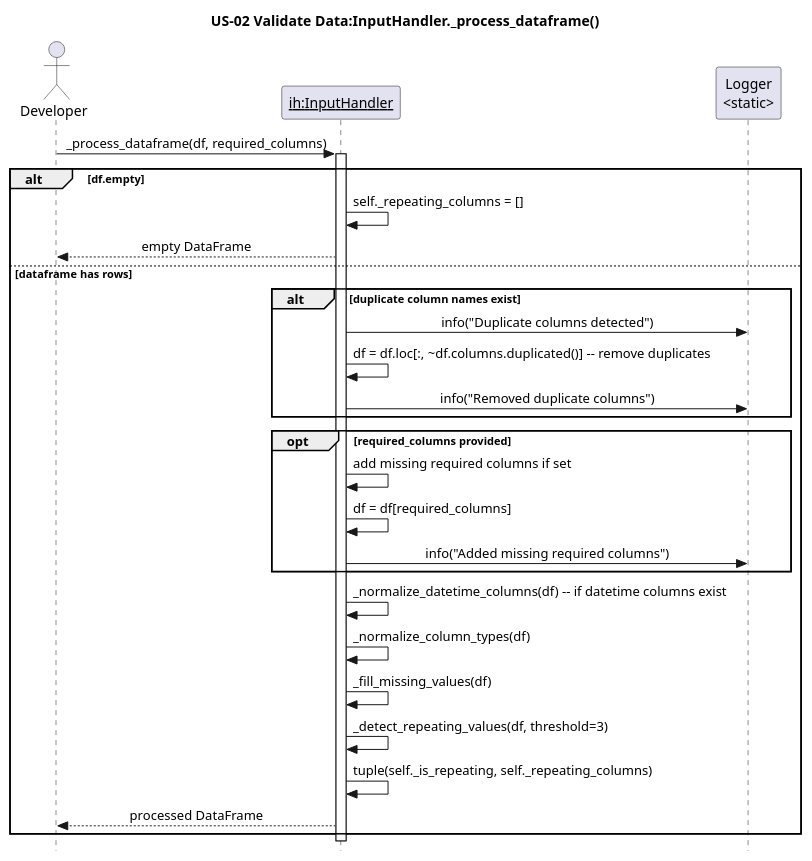
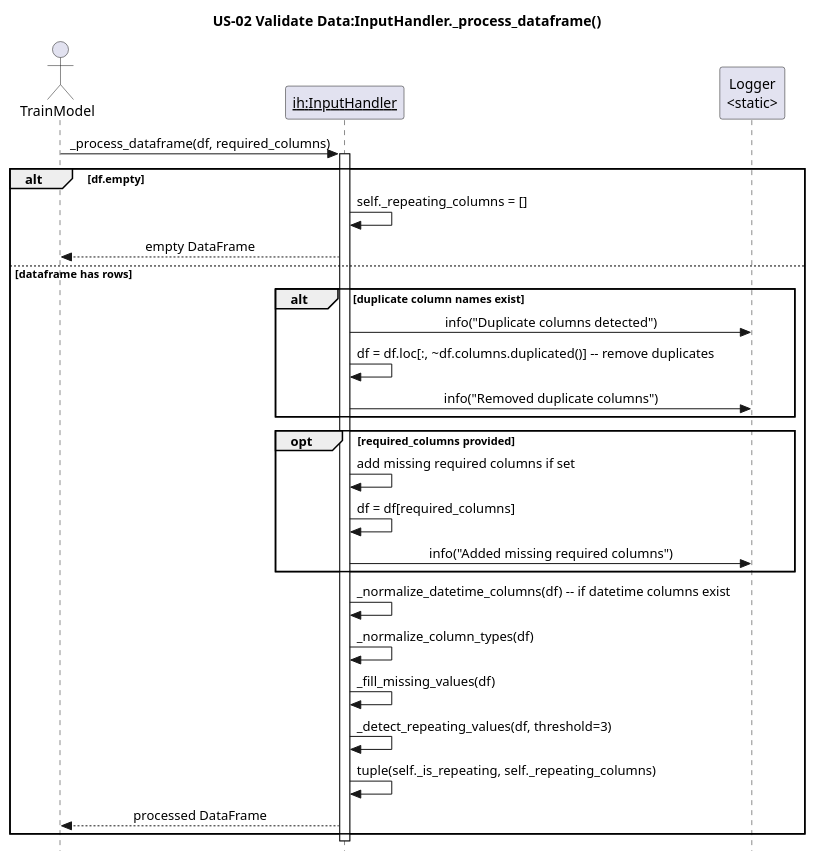
Before and after one commit to egrembocki/htmrl: the diagram in docs/puml/US/us-02.puml, drawn with PlantUML. The commit also changed 6 other files, not shown here.

```diff
--- a/docs/puml/US/us-02.puml
+++ b/docs/puml/US/us-02.puml
@@ -1,39 +1,39 @@
 @startuml
 skinparam style strictuml
 skinparam sequenceMessageAlign center
 skinparam responseMessageBelowArrow true
 title US-02 Validate Data:InputHandler._process_dataframe()
 
-actor Developer
+actor TrainModel
 participant "<u>ih:InputHandler</u>" as IH
 participant "Logger\n<static>" as LOG
 
-Developer -> IH: _process_dataframe(df, required_columns)
+TrainModel -> IH: _process_dataframe(df, required_columns)
 activate IH
 
 alt df.empty
   IH -> IH: self._repeating_columns = []
-  IH --> Developer: empty DataFrame
+  IH --> TrainModel: empty DataFrame
 else dataframe has rows
   alt duplicate column names exist
     IH -> LOG: info("Duplicate columns detected")
     IH -> IH: df = df.loc[:, ~df.columns.duplicated()] -- remove duplicates
     IH -> LOG: info("Removed duplicate columns")
   end
 
   opt required_columns provided
     IH -> IH: add missing required columns if set
     IH -> IH: df = df[required_columns]
     IH -> LOG: info("Added missing required columns")
   end
 
   IH -> IH: _normalize_datetime_columns(df) -- if datetime columns exist
   IH -> IH: _normalize_column_types(df)
   IH -> IH: _fill_missing_values(df)
   IH -> IH: _detect_repeating_values(df, threshold=3)
   IH -> IH: tuple(self._is_repeating, self._repeating_columns)
-  IH --> Developer: processed DataFrame
+  IH --> TrainModel: processed DataFrame
 end
 
 deactivate IH
 @enduml
```
